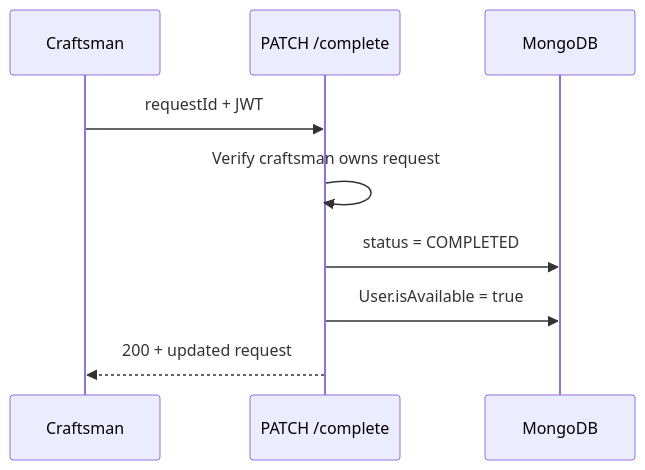
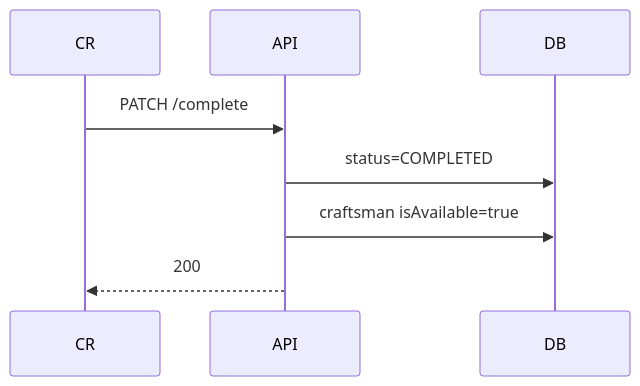
Before and after one commit to mohamedmadyan56/San3a-Fullstack: diagram 15 of 15 in san3a-project/backend/SAN3A_BACKEND_DOCUMENTATION.md, drawn with Mermaid. The commit also changed other lines of this file, not shown here.

````diff
--- a/san3a-project/backend/SAN3A_BACKEND_DOCUMENTATION.md
+++ b/san3a-project/backend/SAN3A_BACKEND_DOCUMENTATION.md
@@ -1828,12 +1218,7 @@
 ```mermaid
 sequenceDiagram
-    participant CR as Craftsman
-    participant API as PATCH /complete
-    participant DB as MongoDB
-
-    CR->>API: requestId + JWT
-    API->>API: Verify craftsman owns request
-    API->>DB: status = COMPLETED
-    API->>DB: User.isAvailable = true
-    API-->>CR: 200 + updated request
+    CR->>API: PATCH /complete
+    API->>DB: status=COMPLETED
+    API->>DB: craftsman isAvailable=true
+    API-->>CR: 200
 ```
````
